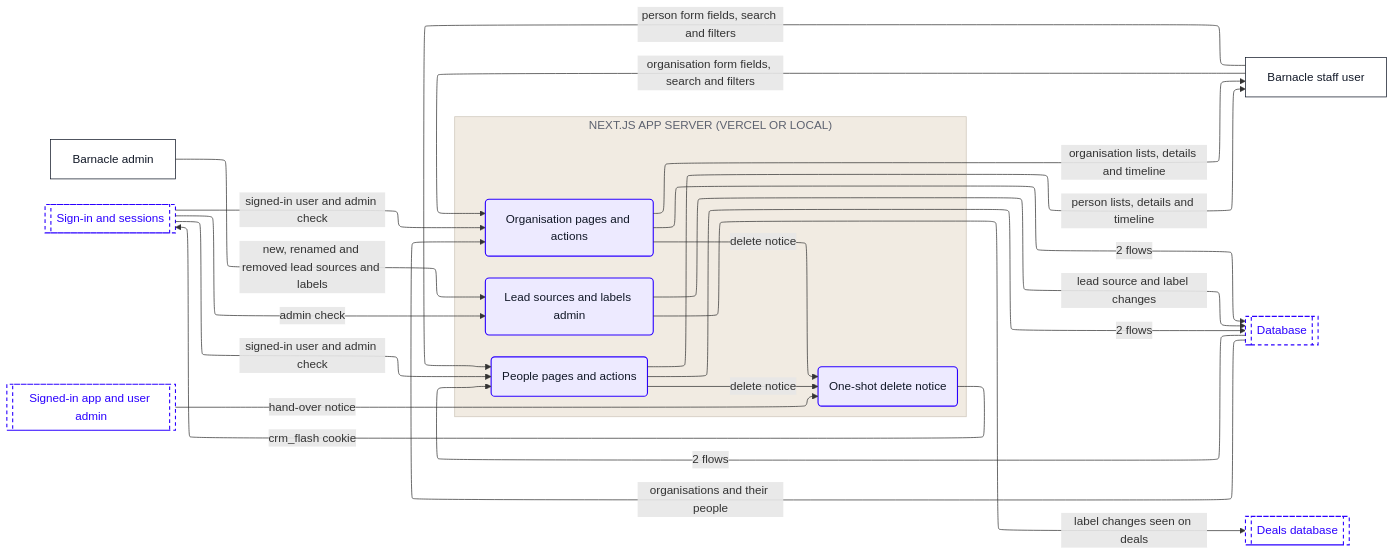
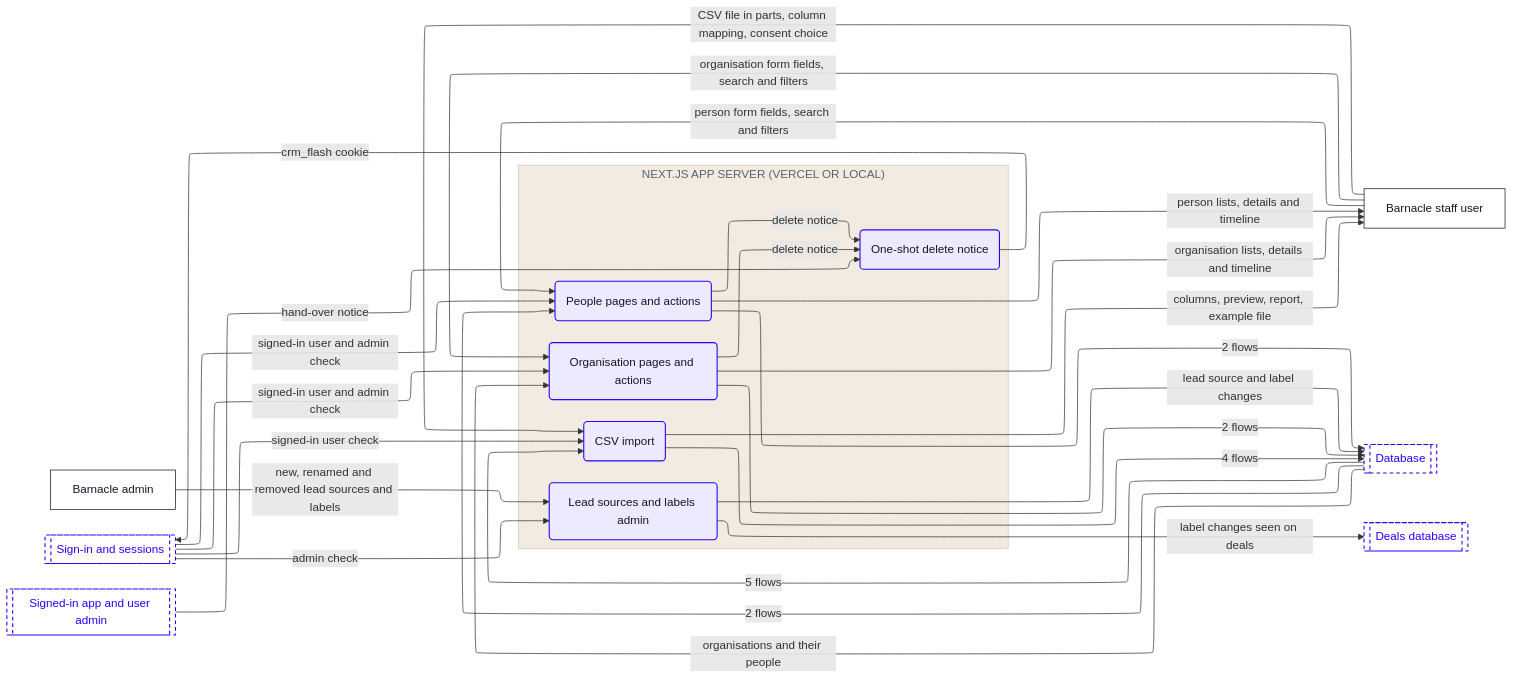
Before and after one commit to Romain-Perche/Barnacle-Pipe: the seventh of 10 diagrams in dataflow/DATAFLOW.md, drawn with Mermaid. The commit also changed other lines of this file and 7 other files, not shown here.

````diff
--- a/dataflow/DATAFLOW.md
+++ b/dataflow/DATAFLOW.md
@@ -339,47 +344,53 @@
 ```mermaid
 ---
 config:
   layout: elk
 ---
 flowchart LR
     n1["Barnacle admin"]
     n2["Barnacle staff user"]
     subgraph z1["NEXT.JS APP SERVER (VERCEL OR LOCAL)"]
         n3("Lead sources and labels admin")
-        n4("Organisation pages and actions")
-        n5("People pages and actions")
-        n6("One-shot delete notice")
+        n4("CSV import")
+        n5("Organisation pages and actions")
+        n6("People pages and actions")
+        n7("One-shot delete notice")
     end
-    n7[["Database"]]
-    n8[["Deals database"]]
-    n9[["Sign-in and sessions"]]
-    n10[["Signed-in app and user admin"]]
+    n8[["Database"]]
+    n9[["Deals database"]]
+    n10[["Sign-in and sessions"]]
+    n11[["Signed-in app and user admin"]]
     n1 -->|"new, renamed and removed lead sources and labels"| n3
-    n3 -->|"lead source and label changes"| n7
-    n3 -->|"label changes seen on deals"| n8
-    n7 -->|"2 flows"| n5
-    n4 -->|"2 flows"| n7
-    n4 -->|"delete notice"| n6
-    n4 -->|"organisation lists, details and timeline"| n2
-    n7 -->|"organisations and their people"| n4
-    n5 -->|"2 flows"| n7
-    n5 -->|"delete notice"| n6
-    n5 -->|"person lists, details and timeline"| n2
-    n6 -->|"crm_flash cookie"| n9
-    n9 -->|"admin check"| n3
-    n9 -->|"signed-in user and admin check"| n4
-    n9 -->|"signed-in user and admin check"| n5
-    n2 -->|"organisation form fields, search and filters"| n4
-    n2 -->|"person form fields, search and filters"| n5
-    n10 -->|"hand-over notice"| n6
+    n3 -->|"lead source and label changes"| n8
+    n3 -->|"label changes seen on deals"| n9
+    n8 -->|"5 flows"| n4
+    n8 -->|"2 flows"| n6
+    n4 -->|"4 flows"| n8
+    n4 -->|"columns, preview, report, example file"| n2
+    n5 -->|"2 flows"| n8
+    n5 -->|"delete notice"| n7
+    n5 -->|"organisation lists, details and timeline"| n2
+    n8 -->|"organisations and their people"| n5
+    n6 -->|"2 flows"| n8
+    n6 -->|"delete notice"| n7
+    n6 -->|"person lists, details and timeline"| n2
+    n7 -->|"crm_flash cookie"| n10
+    n10 -->|"admin check"| n3
+    n10 -->|"signed-in user check"| n4
+    n10 -->|"signed-in user and admin check"| n5
+    n10 -->|"signed-in user and admin check"| n6
+    n2 -->|"CSV file in parts, column mapping, consent choice"| n4
+    n2 -->|"organisation form fields, search and filters"| n5
+    n2 -->|"person form fields, search and filters"| n6
+    n11 -->|"hand-over notice"| n7
     classDef actor fill:#FFFFFF,stroke:#111827,stroke-width:1px,color:#111827
     classDef process fill:#EDEAFF,stroke:#2B00FF,stroke-width:1.5px,color:#111827
     classDef store fill:#FAF6F1,stroke:#111827,stroke-width:1.5px,color:#111827
     classDef zone fill:#1A1A1A,stroke:#1A1A1A,color:#FFFFFF
     classDef group fill:#2B00FF,stroke:#2B00FF,color:#FFFFFF
     classDef stub fill:#FFFFFF,stroke:#2B00FF,stroke-width:1.5px,stroke-dasharray:5 4,color:#2B00FF
     class n1,n2 actor
-    class n3,n4,n5,n6 process
-    class n7,n8,n9,n10 stub
+    class n3,n4,n5,n6,n7 process
+    class n8,n9,n10,n11 stub
     style z1 fill:#F1EBE2,stroke:#CFC7BB,color:#5D6270
 ```
````
